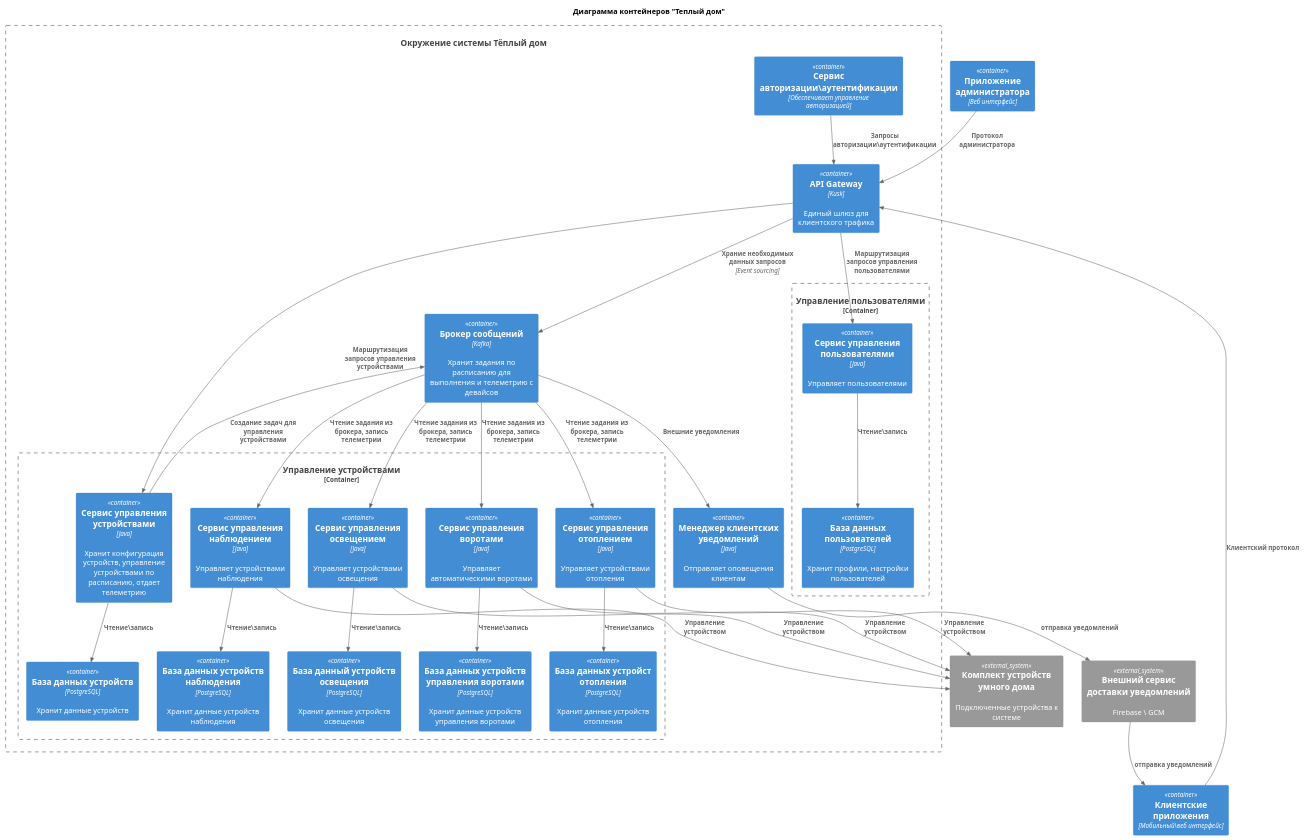
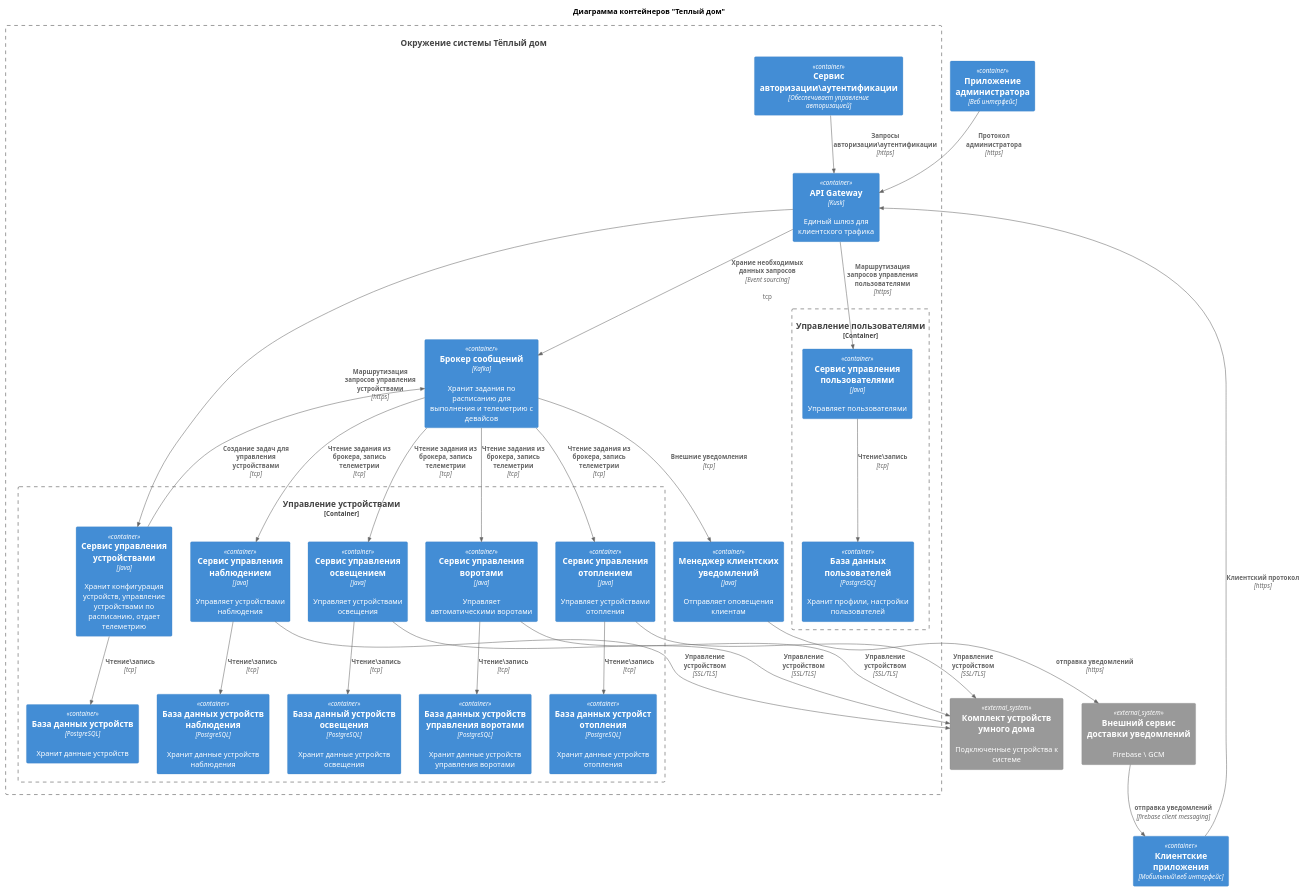
Before and after one commit to a-panteleev/architecture-sprint-3: the diagram in docs/containers.puml, drawn with PlantUML. The commit also changed 2 other files, not shown here.

```diff
--- a/docs/containers.puml
+++ b/docs/containers.puml
@@ -1,76 +1,76 @@
 @startuml containers
 title Диаграмма контейнеров "Теплый дом"
 
 top to bottom direction
 
 !includeurl https://raw.githubusercontent.com/RicardoNiepel/C4-PlantUML/master/C4_Container.puml
 
 System(SmartHome, "Окружение системы Тёплый дом")
 
 Container(ClientApp, "Клиентские приложения", "Мобильный\веб интерфейс")
 Container(AdminApp, "Приложение администратора", "Веб интерфейс")
 
 Container_Boundary(SmartHome, "") {
   Container(Gateway, "API Gateway", "Kusk", "Единый шлюз для клиентского трафика")
-  Rel(ClientApp, Gateway, "Клиентский протокол")
-  Rel(AdminApp, Gateway, "Протокол администратора")
+  Rel(ClientApp, Gateway, "Клиентский протокол", "https")
+  Rel(AdminApp, Gateway, "Протокол администратора", "https")
  
   Container(AuthService, "Сервис авторизации\аутентификации", "Обеспечивает управление авторизацией")
-  Rel(AuthService, Gateway, "Запросы авторизации\аутентификации")
+  Rel(AuthService, Gateway, "Запросы авторизации\аутентификации", "https")
 
   Container(Kafka, "Брокер сообщений", "Kafka", "Хранит задания по расписанию для выполнения и телеметрию с девайсов")
-  Rel(Gateway, Kafka, "Храние необходимых данных запросов", "Event sourcing")
+  Rel(Gateway, Kafka, "Храние необходимых данных запросов", "Event sourcing", "tcp")
   
   Container_Boundary(UserManagementCnt, "Управление пользователями") {
     Container(UserManagement, "Сервис управления пользователями", "Java", "Управляет пользователями")
     Container(UserManagementDb, "База данных пользователей", "PostgreSQL", "Хранит профили, настройки пользователей")
-    Rel(UserManagement, UserManagementDb,  "Чтение\запись")
+    Rel(UserManagement, UserManagementDb,  "Чтение\запись", "tcp")
   }
-  Rel(Gateway, UserManagement, "Маршрутизация запросов управления пользователями")
+  Rel(Gateway, UserManagement, "Маршрутизация запросов управления пользователями", "https")
 
   Container_Boundary(DeviceManagementCnt, "Управление устройствами") {
     Container(DeviceManagement, "Сервис управления устройствами", "Java", "Хранит конфигурация устройств, управление устройствами по расписанию, отдает телеметрию")
     Container(DeviceManagementDb, "База данных устройств", "PostgreSQL", "Хранит данные устройств")
-    Rel(DeviceManagement, DeviceManagementDb,  "Чтение\запись")
-    Rel(Gateway, DeviceManagement, "Маршрутизация запросов управления устройствами")
+    Rel(DeviceManagement, DeviceManagementDb,  "Чтение\запись", "tcp")
+    Rel(Gateway, DeviceManagement, "Маршрутизация запросов управления устройствами", "https")
     
     Container(LightManagement, "Сервис управления освещением", "Java", "Управляет устройствами освещения")
     Container(LightManagementDb, "База данный устройств освещения", "PostgreSQL", "Хранит данные устройств освещения")
-    Rel(LightManagement, LightManagementDb,  "Чтение\запись")
+    Rel(LightManagement, LightManagementDb,  "Чтение\запись", "tcp")
     
     Container(HeatingManagement, "Сервис управления отоплением", "Java", "Управляет устройствами отопления")
     Container(HeatingManagementDb, "База данных устройст отопления", "PostgreSQL", "Хранит данные устройств отопления")
-    Rel(HeatingManagement, HeatingManagementDb, "Чтение\запись")
+    Rel(HeatingManagement, HeatingManagementDb, "Чтение\запись", "tcp")
     
     Container(SurveillanceManagement, "Сервис управления наблюдением", "Java", "Управляет устройствами наблюдения")
     Container(SurveillanceManagementDb, "База данных устройств наблюдения", "PostgreSQL", "Хранит данные устройств наблюдения")
-    Rel(SurveillanceManagement, SurveillanceManagementDb, "Чтение\запись")
+    Rel(SurveillanceManagement, SurveillanceManagementDb, "Чтение\запись", "tcp")
     
     Container(GateManagement, "Сервис управления воротами", "Java", "Управляет автоматическими воротами")
     Container(GateManagementDb, "База данных устройств управления воротами", "PostgreSQL", "Хранит данные устройств управления воротами")
-    Rel(GateManagement, GateManagementDb, "Чтение\запись")
+    Rel(GateManagement, GateManagementDb, "Чтение\запись", "tcp")
   }
 
   Container(NotificationManager, "Менеджер клиентских уведомлений", "Java", "Отправляет оповещения клиентам")
-  Rel(Kafka, NotificationManager, "Внешние уведомления")
+  Rel(Kafka, NotificationManager, "Внешние уведомления", "tcp")
 }
 
 System_Ext(PushNotificationMessenger, "Внешний сервис доставки уведомлений", "Firebase \ GCM")
-Rel(NotificationManager, PushNotificationMessenger, "отправка уведомлений")
-Rel(PushNotificationMessenger, ClientApp, "отправка уведомлений")
+Rel(NotificationManager, PushNotificationMessenger, "отправка уведомлений", "https")
+Rel(PushNotificationMessenger, ClientApp, "отправка уведомлений", "firebase client messaging")
 
 
-Rel(DeviceManagement, Kafka, "Создание задач для управления устройствами")
-Rel(Kafka, LightManagement, "Чтение задания из брокера, запись телеметрии")
-Rel(Kafka, HeatingManagement, "Чтение задания из брокера, запись телеметрии")
-Rel(Kafka, SurveillanceManagement, "Чтение задания из брокера, запись телеметрии")
-Rel(Kafka, GateManagement, "Чтение задания из брокера, запись телеметрии")
+Rel(DeviceManagement, Kafka, "Создание задач для управления устройствами", "tcp")
+Rel(Kafka, LightManagement, "Чтение задания из брокера, запись телеметрии", "tcp")
+Rel(Kafka, HeatingManagement, "Чтение задания из брокера, запись телеметрии", "tcp")
+Rel(Kafka, SurveillanceManagement, "Чтение задания из брокера, запись телеметрии", "tcp")
+Rel(Kafka, GateManagement, "Чтение задания из брокера, запись телеметрии", "tcp")
 
 System_Ext(client, "Комплект устройств умного дома", "Подключенные устройства к системе")
 
-Rel(LightManagement, client, "Управление устройством")
-Rel(HeatingManagement, client, "Управление устройством")
-Rel(SurveillanceManagement, client, "Управление устройством")
-Rel(GateManagement, client, "Управление устройством")
+Rel(LightManagement, client, "Управление устройством", "SSL/TLS")
+Rel(HeatingManagement, client, "Управление устройством", "SSL/TLS")
+Rel(SurveillanceManagement, client, "Управление устройством", "SSL/TLS")
+Rel(GateManagement, client, "Управление устройством", "SSL/TLS")
 
 @enduml
```
